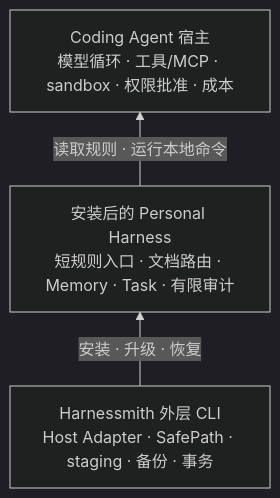
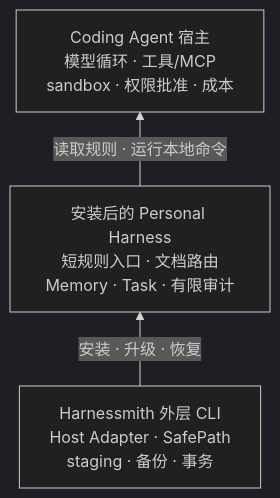
The diagram in docs/architecture.md (Alessandro-Pang/harnessmith), drawn with Mermaid (dark theme) before and after one commit. The commit also changed other lines of this file and 12 other files, not shown here.

````diff
--- a/docs/architecture.md
+++ b/docs/architecture.md
@@ -18,9 +18,9 @@
 ```mermaid
 flowchart BT
-  CLI["Harnessmith 外层 CLI<br/>Host Adapter · SafePath · staging · 备份 · 事务"]
-  Harness["安装后的 Personal Harness<br/>短规则入口 · 文档路由 · Memory · Task · 有限审计"]
-  Host["Coding Agent 宿主<br/>模型循环 · 工具/MCP · sandbox · 权限批准 · 成本"]
+  CLI["Harnessmith 外层 CLI<br/>Host Adapter · SafePath<br/>staging · 备份 · 事务"]
+  Harness["安装后的 Personal Harness<br/>短规则入口 · 文档路由<br/>Memory · Task · 有限审计"]
+  Host["Coding Agent 宿主<br/>模型循环 · 工具/MCP<br/>sandbox · 权限批准 · 成本"]
 
   CLI -->|"安装 · 升级 · 恢复"| Harness
   Harness -->|"读取规则 · 运行本地命令"| Host
 ```
````
